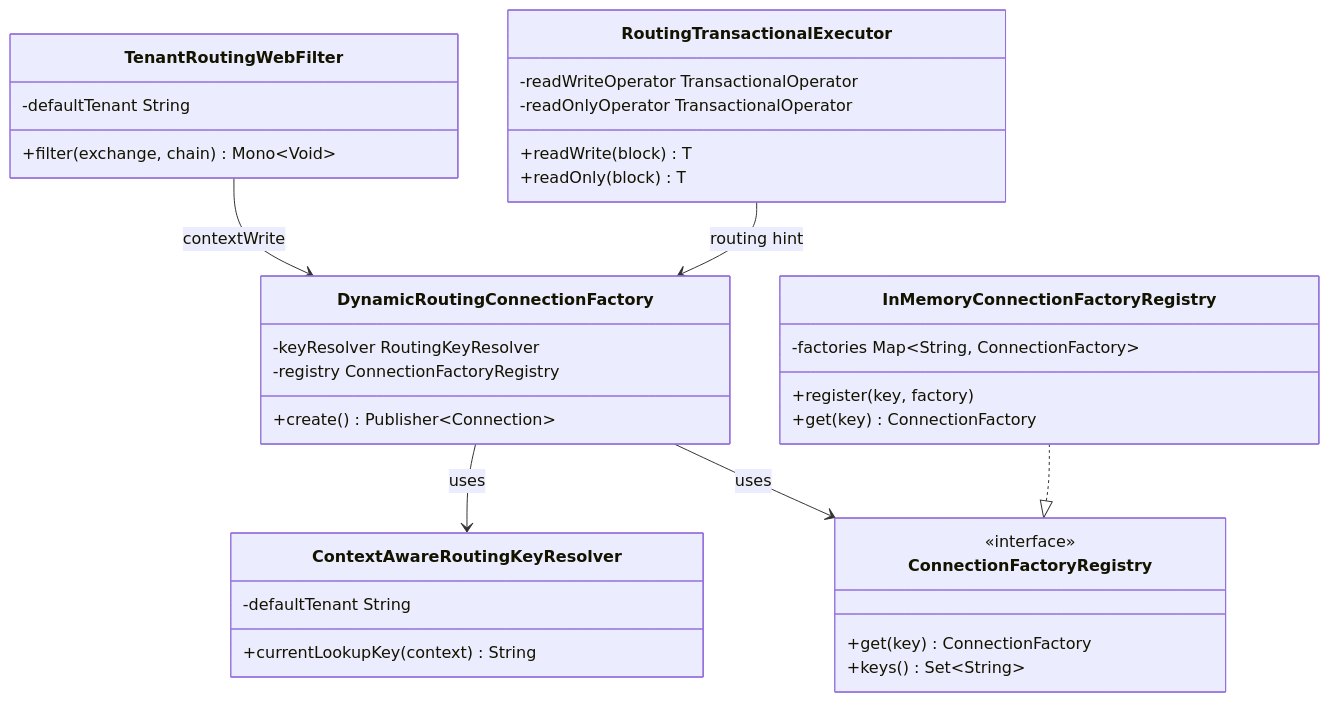
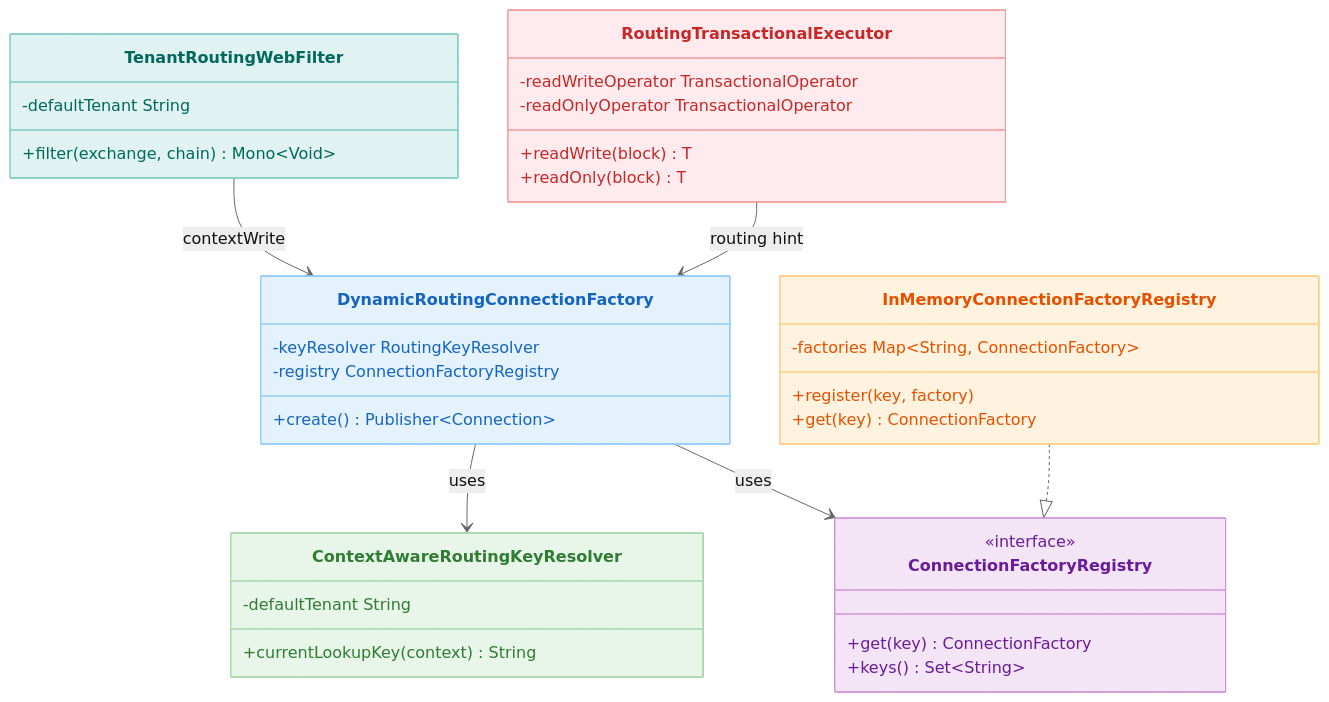
The first of 3 diagrams in 11-high-performance/03-routing-datasource/README.md (bluetape4k/exposed-r2dbc-workshop), drawn with Mermaid before and after one commit. The commit also changed other lines of this file and 63 other files, not shown here.

First line of the commit message:
docs: 전 모듈 README Mermaid UML 추가 및 영/한 이중화

````diff
--- a/11-high-performance/03-routing-datasource/README.md
+++ b/11-high-performance/03-routing-datasource/README.md
@@ -39,38 +41,46 @@
 ```mermaid
+%%{init: {"theme": "neutral"}}%%
 classDiagram
     class DynamicRoutingConnectionFactory {
         +create() Publisher~Connection~
         -keyResolver RoutingKeyResolver
         -registry ConnectionFactoryRegistry
     }
     class ContextAwareRoutingKeyResolver {
         +currentLookupKey(context) String
         -defaultTenant String
     }
     class ConnectionFactoryRegistry {
         <<interface>>
         +get(key) ConnectionFactory
         +keys() Set~String~
     }
     class InMemoryConnectionFactoryRegistry {
         -factories Map~String, ConnectionFactory~
         +register(key, factory)
         +get(key) ConnectionFactory
     }
     class TenantRoutingWebFilter {
         +filter(exchange, chain) Mono~Void~
         -defaultTenant String
     }
     class RoutingTransactionalExecutor {
         +readWrite(block) T
         +readOnly(block) T
         -readWriteOperator TransactionalOperator
         -readOnlyOperator TransactionalOperator
     }
 
     DynamicRoutingConnectionFactory --> ContextAwareRoutingKeyResolver: uses
     DynamicRoutingConnectionFactory --> ConnectionFactoryRegistry: uses
     InMemoryConnectionFactoryRegistry ..|> ConnectionFactoryRegistry
     TenantRoutingWebFilter --> DynamicRoutingConnectionFactory: contextWrite
     RoutingTransactionalExecutor --> DynamicRoutingConnectionFactory: routing hint
+
+    style DynamicRoutingConnectionFactory fill:#E3F2FD,stroke:#90CAF9,color:#1565C0
+    style ContextAwareRoutingKeyResolver fill:#E8F5E9,stroke:#A5D6A7,color:#2E7D32
+    style ConnectionFactoryRegistry fill:#F3E5F5,stroke:#CE93D8,color:#6A1B9A
+    style InMemoryConnectionFactoryRegistry fill:#FFF3E0,stroke:#FFCC80,color:#E65100
+    style TenantRoutingWebFilter fill:#E0F2F1,stroke:#80CBC4,color:#00695C
+    style RoutingTransactionalExecutor fill:#FFEBEE,stroke:#EF9A9A,color:#C62828
 ```
````
